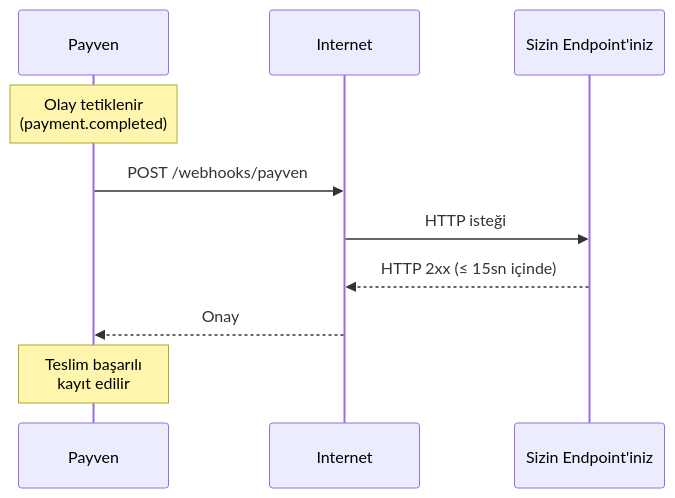
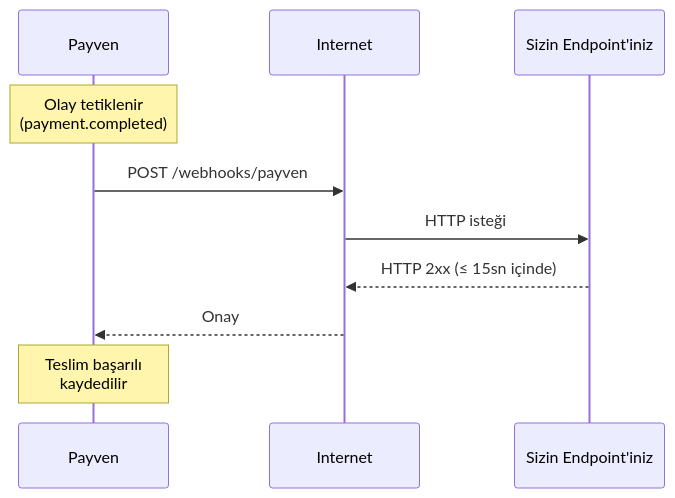
The diagram in documentation/concepts/webhooks.mdx (payment-pos/mintlify), drawn with Mermaid before and after one commit. The commit also changed 26 other files, not shown here.

````diff
--- a/documentation/concepts/webhooks.mdx
+++ b/documentation/concepts/webhooks.mdx
@@ -23,13 +23,13 @@
 ```mermaid
 sequenceDiagram
     participant Payven
     participant Net as Internet
     participant You as Sizin Endpoint'iniz
 
     Note over Payven: Olay tetiklenir<br/>(payment.completed)
     Payven->>Net: POST /webhooks/payven
     Net->>You: HTTP isteği
     You-->>Net: HTTP 2xx (≤ 15sn içinde)
     Net-->>Payven: Onay
-    Note over Payven: Teslim başarılı<br/>kayıt edilir
+    Note over Payven: Teslim başarılı<br/>kaydedilir
 ```
````
